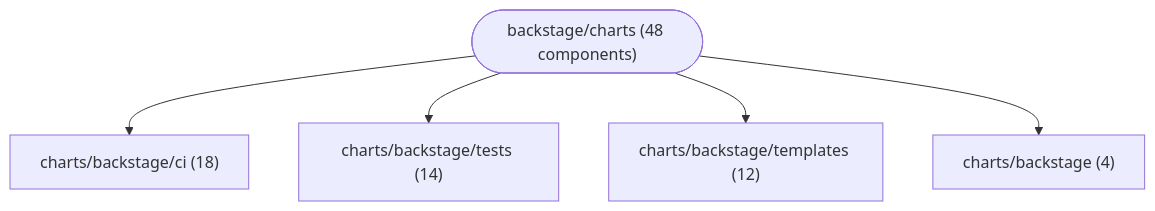
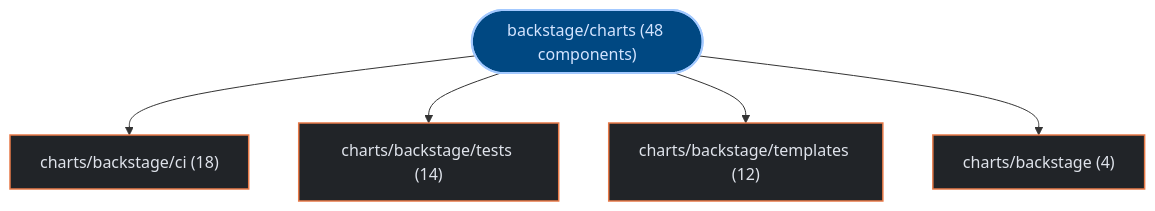
Before and after one commit to kumarshaz/atruss-code-atlas: the first of 3 diagrams in exports/latest/reports/backstage-charts-report.md, drawn with Mermaid. The commit also changed other lines of this file and 331 other files, not shown here.

Commit message:
docs,ui,fix: update SDLC docs, reorder CI/CD DAG first, stylize Mermaid, and fix Arc42 pipeline topology

````diff
--- a/exports/latest/reports/backstage-charts-report.md
+++ b/exports/latest/reports/backstage-charts-report.md
@@ -42,12 +42,19 @@
 ```mermaid
 graph TD;
-    repo_root(["backstage/charts (48 components)"])
-    dir_0_charts_backstage_ci["charts/backstage/ci (18)"]
+  classDef atlasRoot fill:#004882,stroke:#a3c9ff,stroke-width:2px,color:#d3e4ff
+  classDef atlasCategory fill:#212428,stroke:#E87A48,stroke-width:1.5px,color:#dfe3eb
+  classDef atlasWorkflow fill:#1b2026,stroke:#a3c9ff,stroke-width:1.5px,color:#dfe3eb
+  classDef atlasJob fill:#171c22,stroke:#8d9199,stroke-width:1px,color:#dfe3eb
+  classDef atlasTarget fill:#005227,stroke:#8bd99b,stroke-width:1.5px,color:#a7f6b6
+  classDef atlasAlert fill:#93000a,stroke:#ffb4ab,stroke-width:1.5px,color:#ffdad6
+  classDef atlasMore fill:#252a31,stroke:#8d9199,stroke-dasharray:4 4,color:#c3c6cf
+    repo_root(["backstage/charts (48 components)"]):::atlasRoot
+    dir_0_charts_backstage_ci["charts/backstage/ci (18)"]:::atlasCategory
     repo_root --> dir_0_charts_backstage_ci
-    dir_1_charts_backstage_tests["charts/backstage/tests (14)"]
+    dir_1_charts_backstage_tests["charts/backstage/tests (14)"]:::atlasCategory
     repo_root --> dir_1_charts_backstage_tests
-    dir_2_charts_backstage_templates["charts/backstage/templates (12)"]
+    dir_2_charts_backstage_templates["charts/backstage/templates (12)"]:::atlasCategory
     repo_root --> dir_2_charts_backstage_templates
-    dir_3_charts_backstage["charts/backstage (4)"]
+    dir_3_charts_backstage["charts/backstage (4)"]:::atlasCategory
     repo_root --> dir_3_charts_backstage
 ```
````
